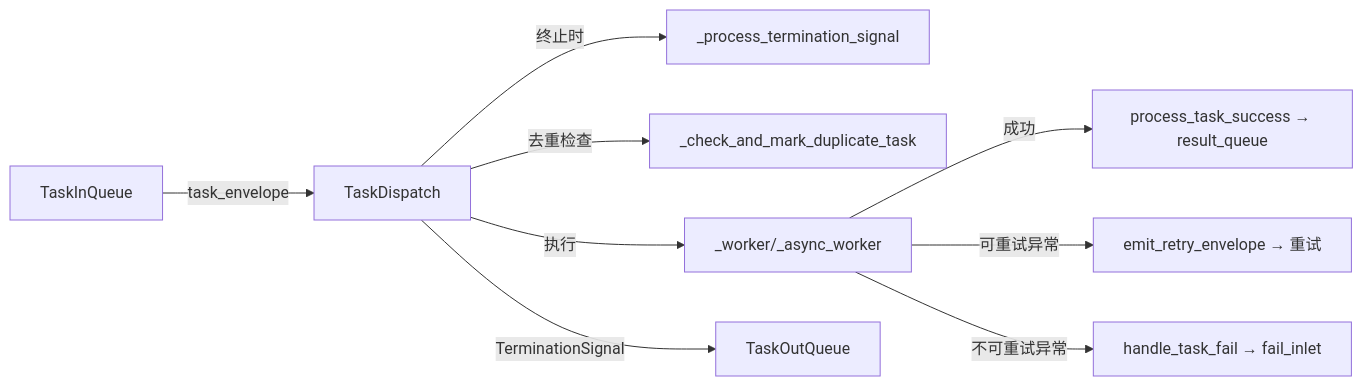
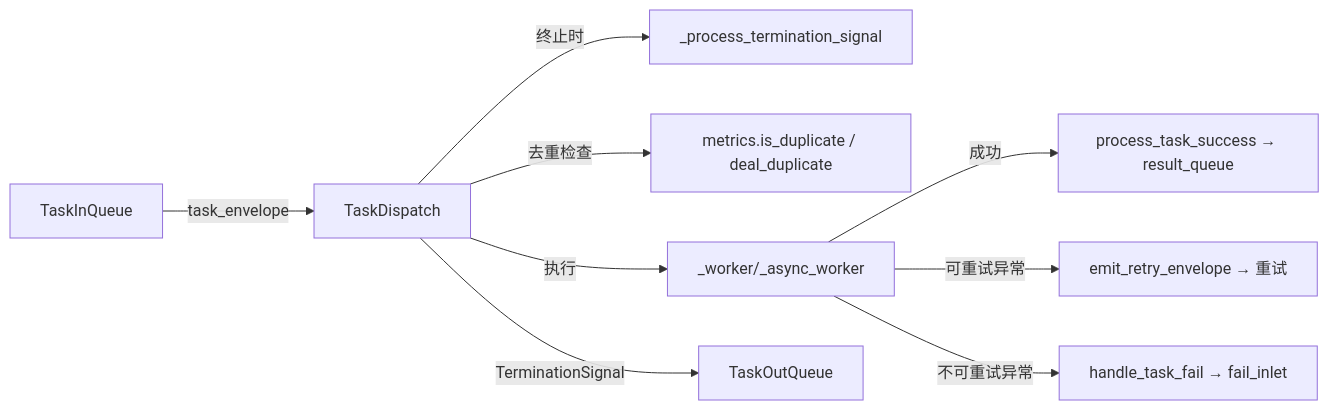
The first of 2 diagrams in docs/zh-CN/src/runtime/core_dispatch.md (Mr-xiaotian/CelestialFlow), drawn with Mermaid before and after one commit. The commit also changed other lines of this file and 94 other files, not shown here.

````diff
--- a/docs/zh-CN/src/runtime/core_dispatch.md
+++ b/docs/zh-CN/src/runtime/core_dispatch.md
@@ -127,11 +130,11 @@
 ```mermaid
 flowchart LR
     TQ[TaskInQueue] -->|task_envelope| DISPATCH[TaskDispatch]
     DISPATCH -->|终止时| PROC[_process_termination_signal]
-    DISPATCH -->|去重检查| DUP[_check_and_mark_duplicate_task]
+    DISPATCH -->|去重检查| DUP[metrics.is_duplicate / deal_duplicate]
     DISPATCH -->|执行| WORKER[_worker/_async_worker]
     WORKER -->|成功| SUCCESS[process_task_success → result_queue]
     WORKER -->|可重试异常| RETRY[emit_retry_envelope → 重试]
     WORKER -->|不可重试异常| FAIL[handle_task_fail → fail_inlet]
     DISPATCH -->|TerminationSignal| RQ[TaskOutQueue]
 ```
````
